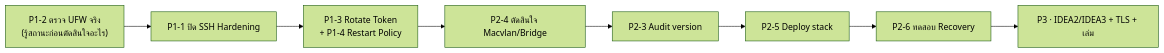
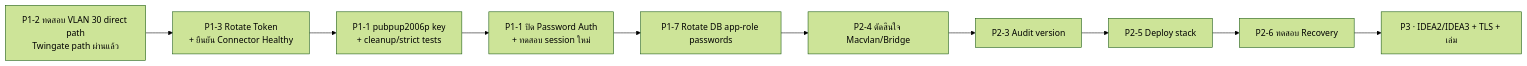
The diagram in Obsidian_AEGIS_Vault/AEGIS_Knowledge/90-Status/Open-Items-Backlog.md (kraveerachat/Project-End-The-AEGIS), drawn with Mermaid (forest theme) before and after one commit. The commit also changed other lines of this file and 11 other files, not shown here.

````diff
--- a/Obsidian_AEGIS_Vault/AEGIS_Knowledge/90-Status/Open-Items-Backlog.md
+++ b/Obsidian_AEGIS_Vault/AEGIS_Knowledge/90-Status/Open-Items-Backlog.md
@@ -62,10 +63,12 @@
 ```mermaid
 flowchart LR
-    A["P1-2 ตรวจ UFW จริง<br/>(รู้สถานะก่อนตัดสินใจอะไร)"] --> B["P1-1 ปิด SSH Hardening"]
-    B --> C["P1-3 Rotate Token<br/>+ P1-4 Restart Policy"]
-    C --> D["P2-4 ตัดสินใจ Macvlan/Bridge"]
+    A["P1-2 ทดสอบ VLAN 30 direct path<br/>Twingate path ผ่านแล้ว"] --> B["P1-3 Rotate Token<br/>+ ยืนยัน Connector Healthy"]
+    B --> C["P1-1 pubpup2006p key<br/>+ cleanup/strict tests"]
+    C --> H["P1-1 ปิด Password Auth<br/>+ ทดสอบ session ใหม่"]
+    H --> J["P1-7 Rotate DB app-role passwords"]
+    J --> D["P2-4 ตัดสินใจ Macvlan/Bridge"]
     D --> E["P2-3 Audit version"]
     E --> F["P2-5 Deploy stack"]
     F --> G["P2-6 ทดสอบ Recovery"]
-    G --> H["P3 · IDEA2/IDEA3 + TLS + เล่ม"]
+    G --> K["P3 · IDEA2/IDEA3 + TLS + เล่ม"]
 ```
````
